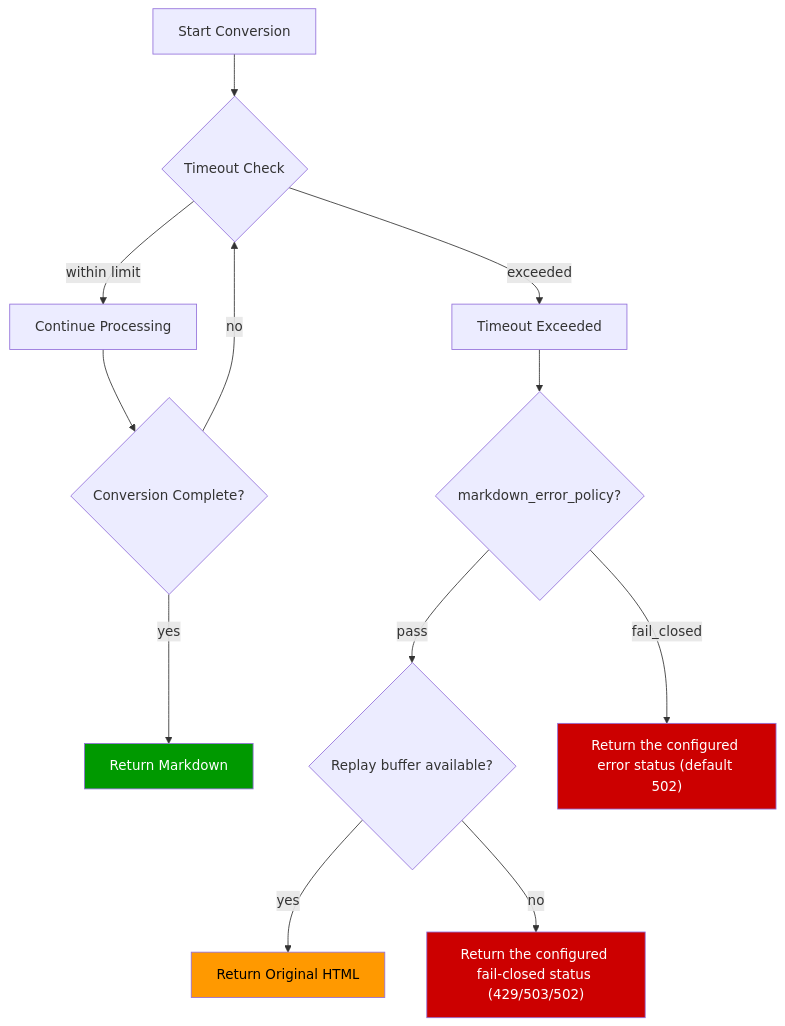
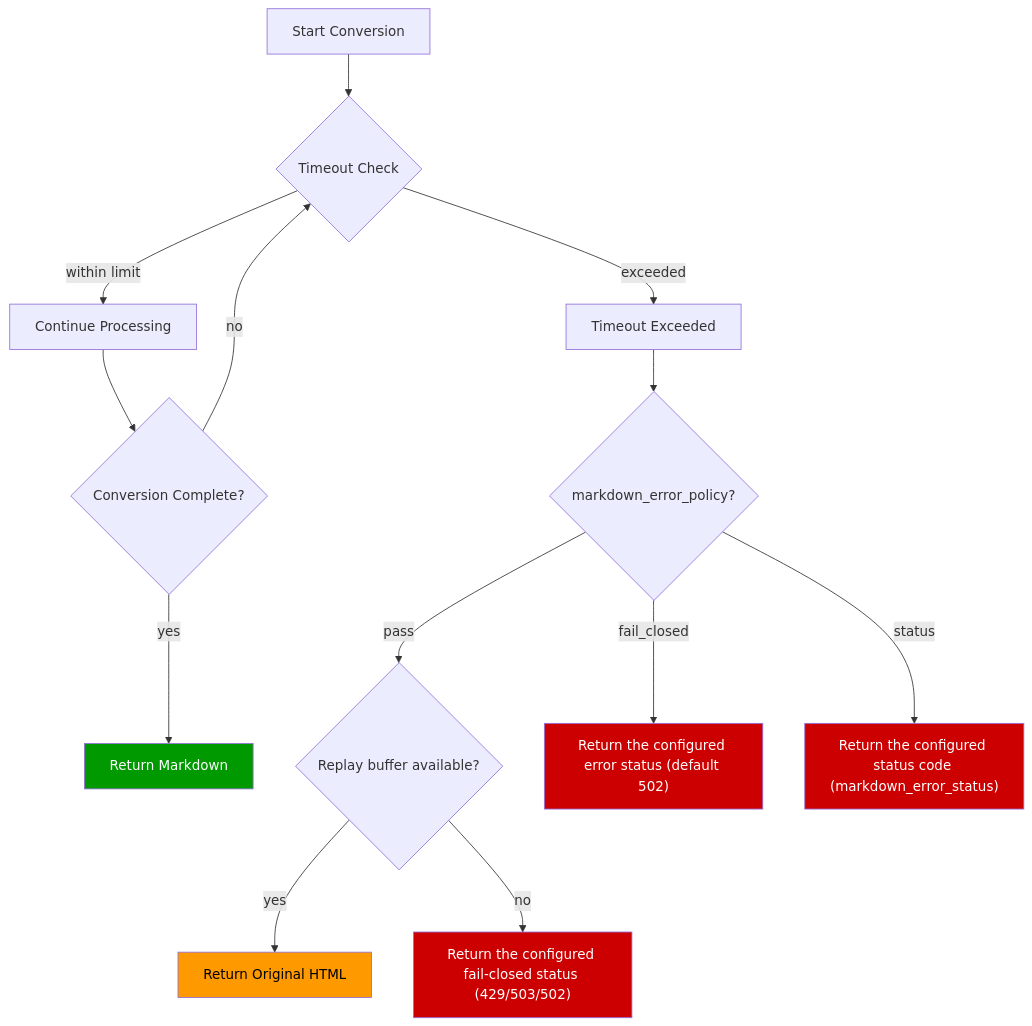
The diagram in docs/features/COOPERATIVE_TIMEOUT.md (cnkang/nginx-markdown-for-agents), drawn with Mermaid before and after one commit. The commit also changed 2 other files, not shown here.

Commit message:
docs(0.9.2): complete migration removes all five retired directives in both flows; rollback fallback keeps 0.9.1 pair; timeout diagram adds status policy
- UPGRADE-TO-0.9.2.md: the staged and active migration now removes ALL
  five retired directives (markdown_dynamic_config,
  markdown_dynamic_config_path, markdown_dynconf_dry_run,
  markdown_prune_selectors, markdown_prune_protection_selectors) per
  MIGRATION-0.9.2.md, and the prebuilt flow now runs the same
  deterministic migration on its staged copy instead of a comment
  placeholder (CR MAJOR).
- VERSION_ROLLBACK-0.9.2.md: the 0.9.1-configuration-restore fallback
  no longer installs MODULE_090 — the module was already restored to
  0.9.1 before this point, so installing the 0.9.0 module would pair
  it with the 0.9.1 tree. The fallback now only restores the 0.9.1
  configuration, keeping the pair consistent (CR MAJOR).
- COOPERATIVE_TIMEOUT.md: the timeout flowchart adds the
  markdown_error_policy=status branch returning the configured status
  code (CR MINOR).

````diff
--- a/docs/features/COOPERATIVE_TIMEOUT.md
+++ b/docs/features/COOPERATIVE_TIMEOUT.md
@@ -5,19 +5,21 @@
 ```mermaid
 flowchart TD
     Start["Start Conversion"] --> Check{"Timeout Check"}
     Check -->|within limit| Continue["Continue Processing"]
     Check -->|exceeded| Fail["Timeout Exceeded"]
     Continue --> Done{"Conversion Complete?"}
     Done -->|yes| Success["Return Markdown"]
     Done -->|no| Check
     Fail --> OnError{"markdown_error_policy?"}
     OnError -->|pass| ReplayAvail{"Replay buffer available?"}
     ReplayAvail -->|yes| FailOpen["Return Original HTML"]
     ReplayAvail -->|no| ReplayUnavailableClosed["Return the configured fail-closed status (429/503/502)"]
     OnError -->|fail_closed| PolicyClosed["Return the configured error status (default 502)"]
+    OnError -->|status| StatusPolicy["Return the configured status code (markdown_error_status)"]
 
     style Success fill:#090,color:#fff
     style FailOpen fill:#f90,color:#000
     style PolicyClosed fill:#c00,color:#fff
     style ReplayUnavailableClosed fill:#c00,color:#fff
+    style StatusPolicy fill:#c00,color:#fff
 ```
````
